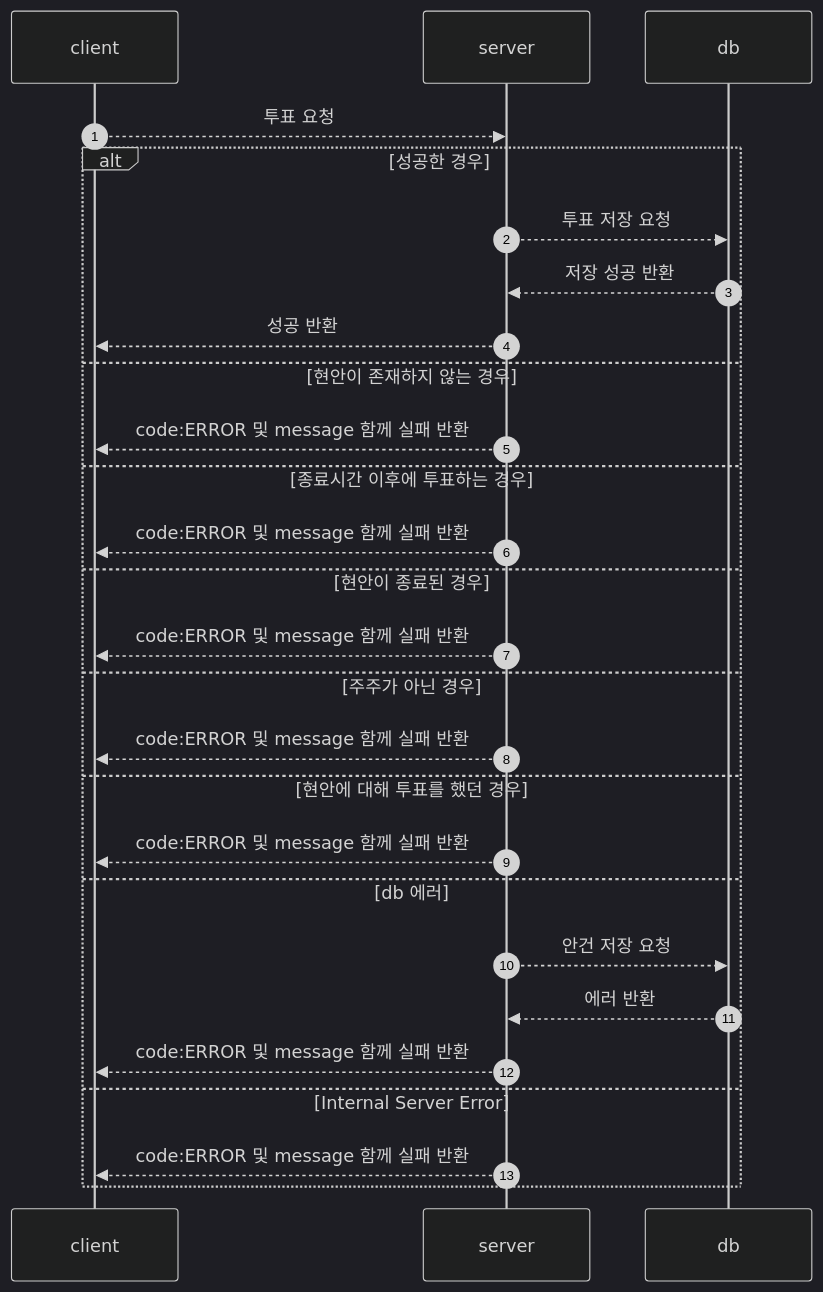
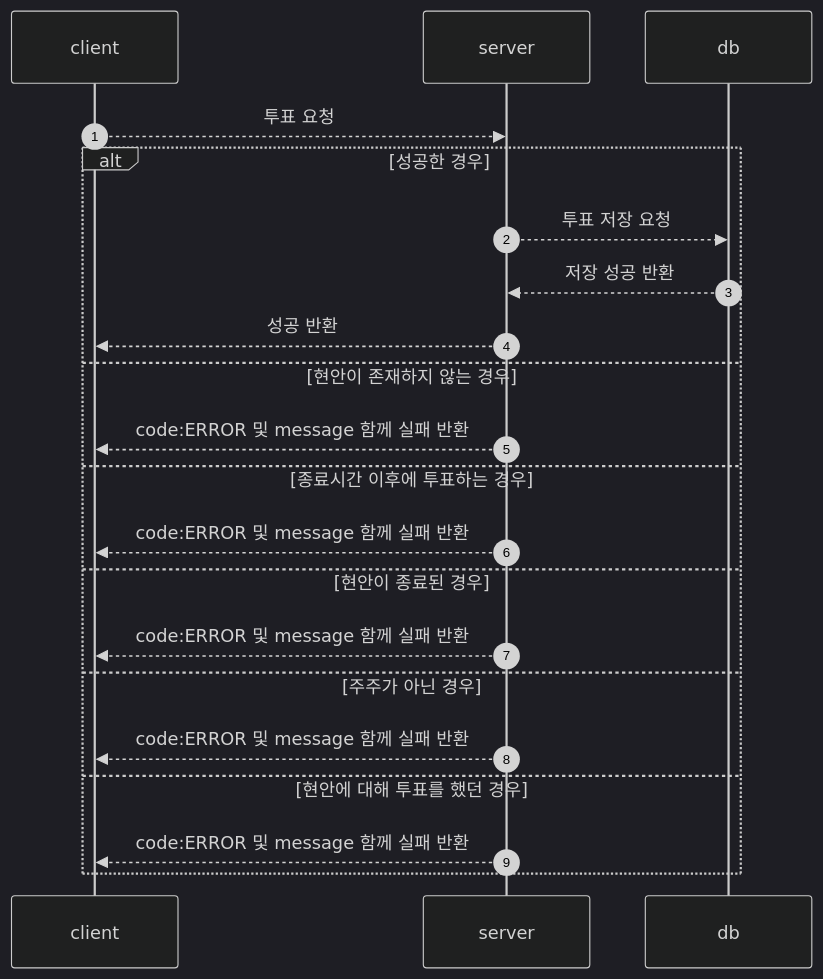
One commit to haaeee/e-voting changed the eighth of 9 diagrams in README.md. Above: the diagram before and after it, drawn with Mermaid (dark theme). The commit also changed other lines of this file, not shown here.

````diff
--- a/README.md
+++ b/README.md
@@ -532,26 +521,20 @@
 ```mermaid
   sequenceDiagram
     autonumber
     client -->> server: 투표 요청
     alt 성공한 경우 
     server -->> db : 투표 저장 요청 
     db -->> server : 저장 성공 반환
     server -->> client: 성공 반환
     else 현안이 존재하지 않는 경우
     server -->> client: code:ERROR 및 message 함께 실패 반환
     else 종료시간 이후에 투표하는 경우
     server -->> client: code:ERROR 및 message 함께 실패 반환
     else 현안이 종료된 경우
     server -->> client: code:ERROR 및 message 함께 실패 반환
     else 주주가 아닌 경우
     server -->> client: code:ERROR 및 message 함께 실패 반환
     else 현안에 대해 투표를 했던 경우
     server -->> client: code:ERROR 및 message 함께 실패 반환
-    else db 에러
-    server -->> db : 안건 저장 요청
-    db -->> server : 에러 반환
-    server -->> client: code:ERROR 및 message 함께 실패 반환
-    else Internal Server Error
-    server -->> client: code:ERROR 및 message 함께 실패 반환
     end
 ```
````
